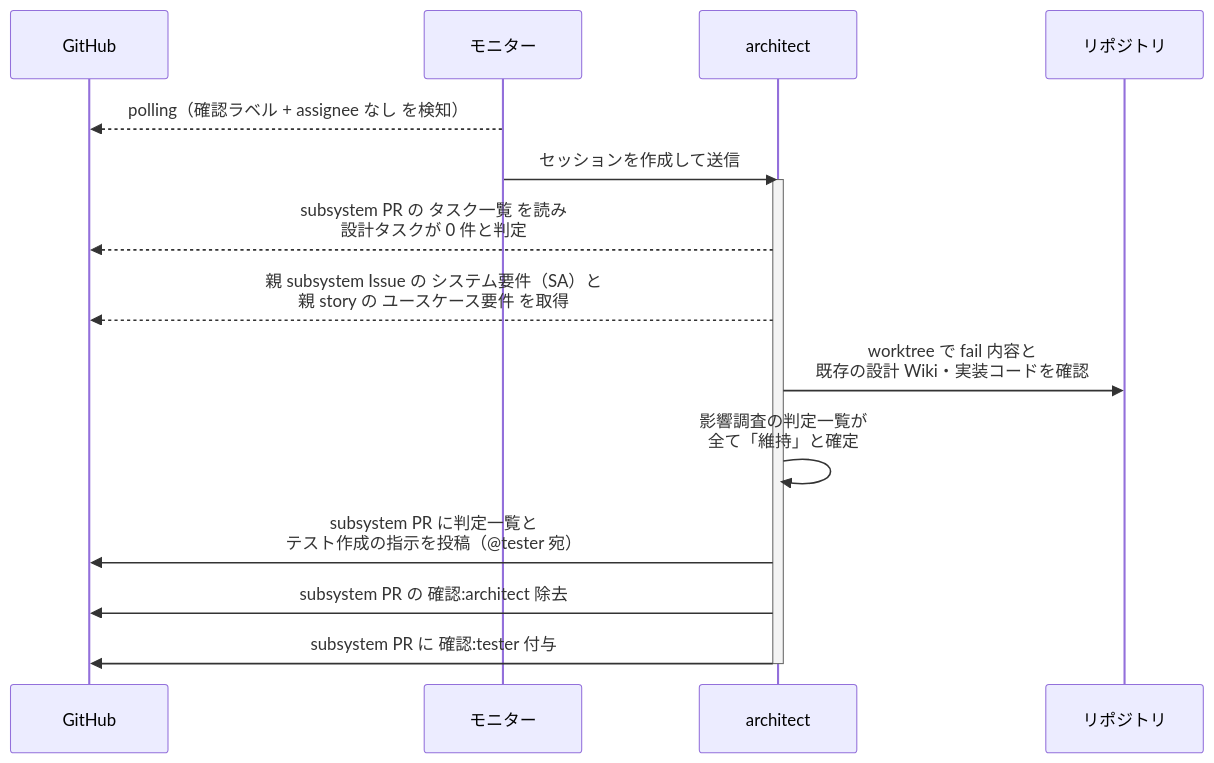
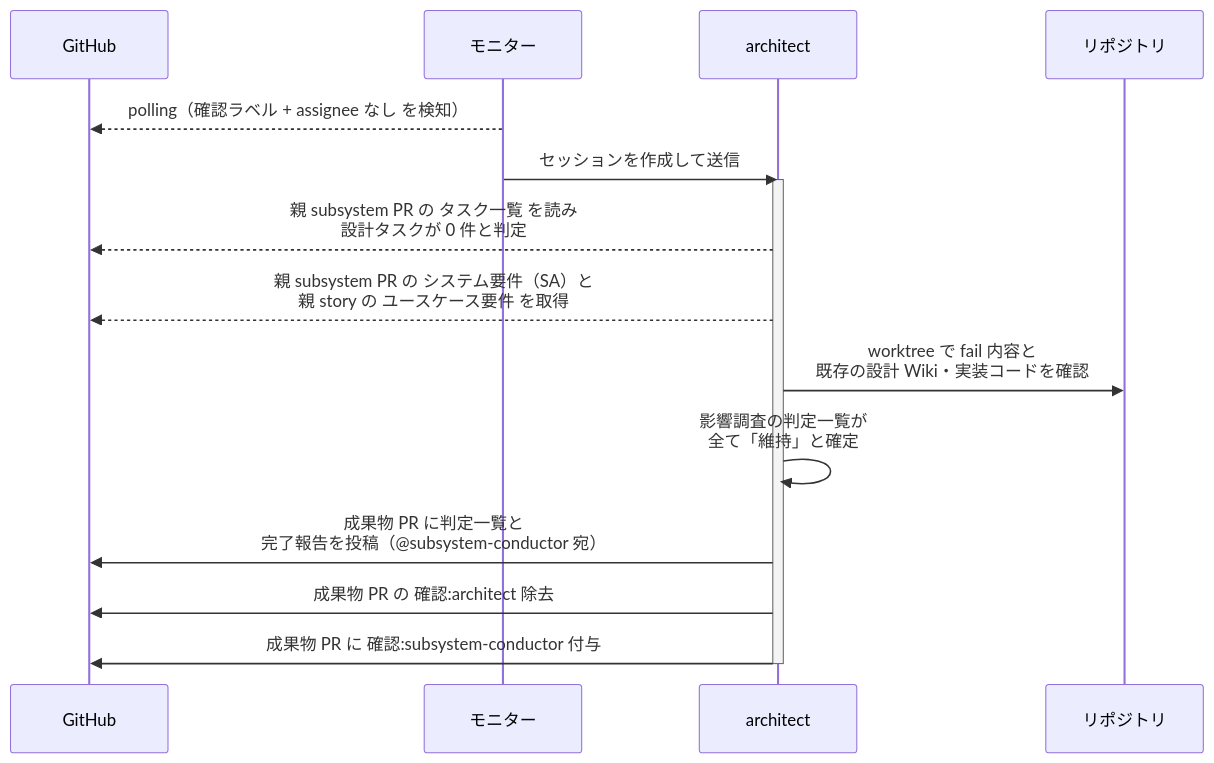
Before and after one commit to shuhei1101/ai-monitor: the fourth of 7 diagrams in docs/wiki/設計図/シナリオ/単一ユースケース/SS設計.md, drawn with Mermaid. The commit also changed other lines of this file and 256 other files, not shown here.

````diff
--- a/docs/wiki/設計図/シナリオ/単一ユースケース/SS設計.md
+++ b/docs/wiki/設計図/シナリオ/単一ユースケース/SS設計.md
@@ -180,19 +181,19 @@
 ```mermaid
 sequenceDiagram
   participant GH as GitHub
   participant ORC as モニター
   participant MON as architect
   participant REPO as リポジトリ
 
   ORC-->>GH: polling（確認ラベル + assignee なし を検知）
   ORC->>MON: セッションを作成して送信
   activate MON
-  MON-->>GH: subsystem PR の タスク一覧 を読み<br>設計タスクが 0 件と判定
-  MON-->>GH: 親 subsystem Issue の システム要件（SA）と<br>親 story の ユースケース要件 を取得
+  MON-->>GH: 親 subsystem PR の タスク一覧 を読み<br>設計タスクが 0 件と判定
+  MON-->>GH: 親 subsystem PR の システム要件（SA）と<br>親 story の ユースケース要件 を取得
   MON->>REPO: worktree で fail 内容と<br>既存の設計 Wiki・実装コードを確認
   MON->>MON: 影響調査の判定一覧が<br>全て「維持」と確定
-  MON->>GH: subsystem PR に判定一覧と<br>テスト作成の指示を投稿（@tester 宛）
-  MON->>GH: subsystem PR の 確認:architect 除去
-  MON->>GH: subsystem PR に 確認:tester 付与
+  MON->>GH: 成果物 PR に判定一覧と<br>完了報告を投稿（@subsystem-conductor 宛）
+  MON->>GH: 成果物 PR の 確認:architect 除去
+  MON->>GH: 成果物 PR に 確認:subsystem-conductor 付与
   deactivate MON
 ```
````
